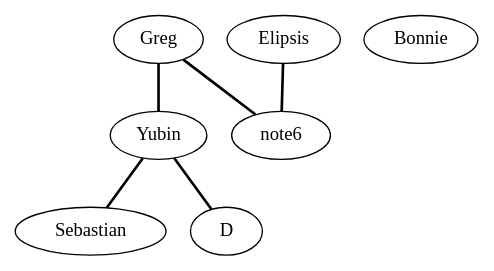
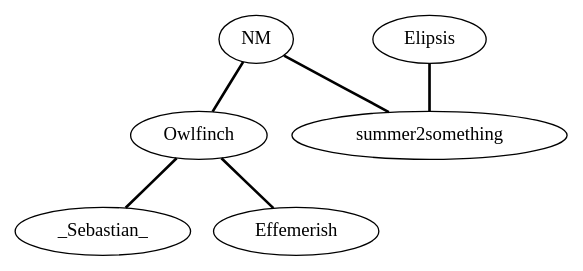
One commit to gsiegle/polycule-grapher changed the diagram in DOT/sample.dot. Above: the diagram before and after it, drawn with Graphviz.

Commit message:
Named handles.dot

```diff
--- a/DOT/sample.dot
+++ b/DOT/sample.dot
@@ -1,14 +1,14 @@
 graph sample {
-	node1 [label="Greg"]
-	node2 [label="Yubin"]
-	node3 [label="Sebastian"]
-	node4 [label="D"]
+	node1 [label="NM"]
+	node2 [label="Owlfinch"]
+	node3 [label="_Sebastian_"]
+	node4 [label="Effemerish"]
 	node5 [label="Elipsis"]
-	node6 [label="Bonnie"]
+	node6 [label="summer2something"]
 
 	node1 -- node2 [len=1.25,label="",style=bold]
 	node2 -- node3 [len=1.25,label="",style=bold]
 	node2 -- node4 [len=1.25,label="",style=bold]
-    node1 -- note6 [len=1.25,label="",style=bold]
-	node5 -- note6 [len=1.25,label="",style=bold]
+    node1 -- node6 [len=1.25,label="",style=bold]
+	node5 -- node6 [len=1.25,label="",style=bold]
 }
```
